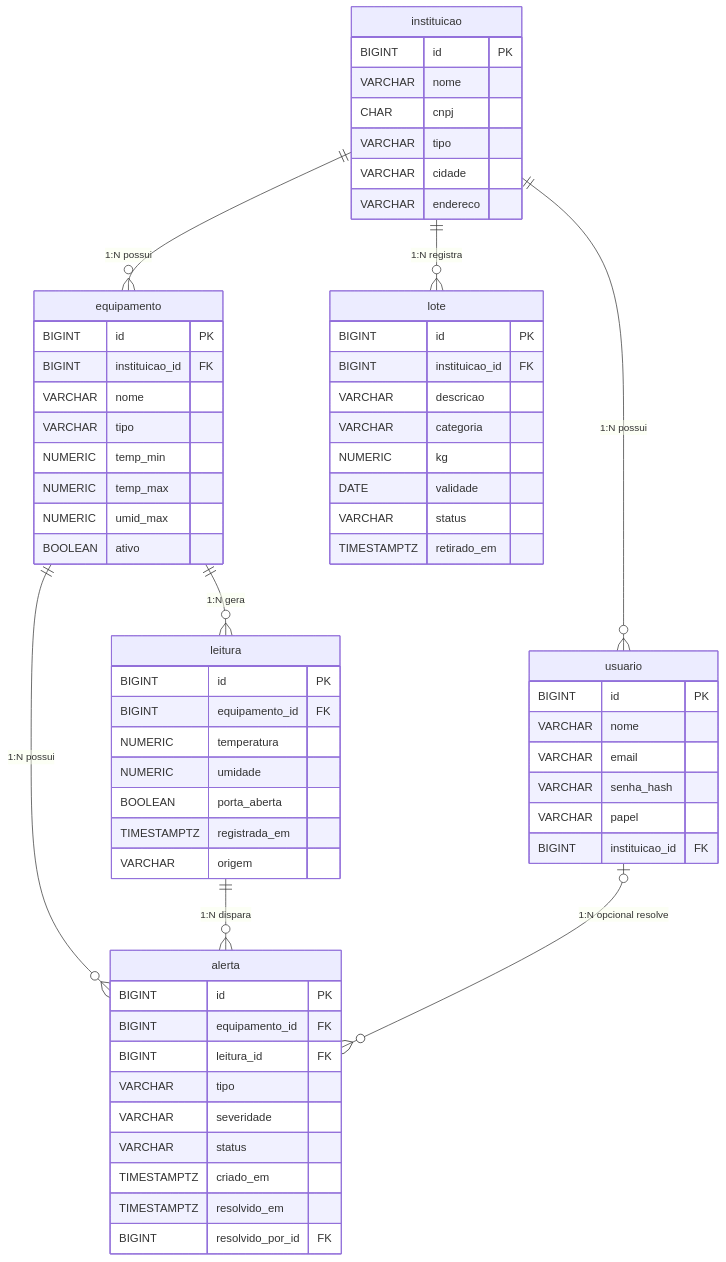
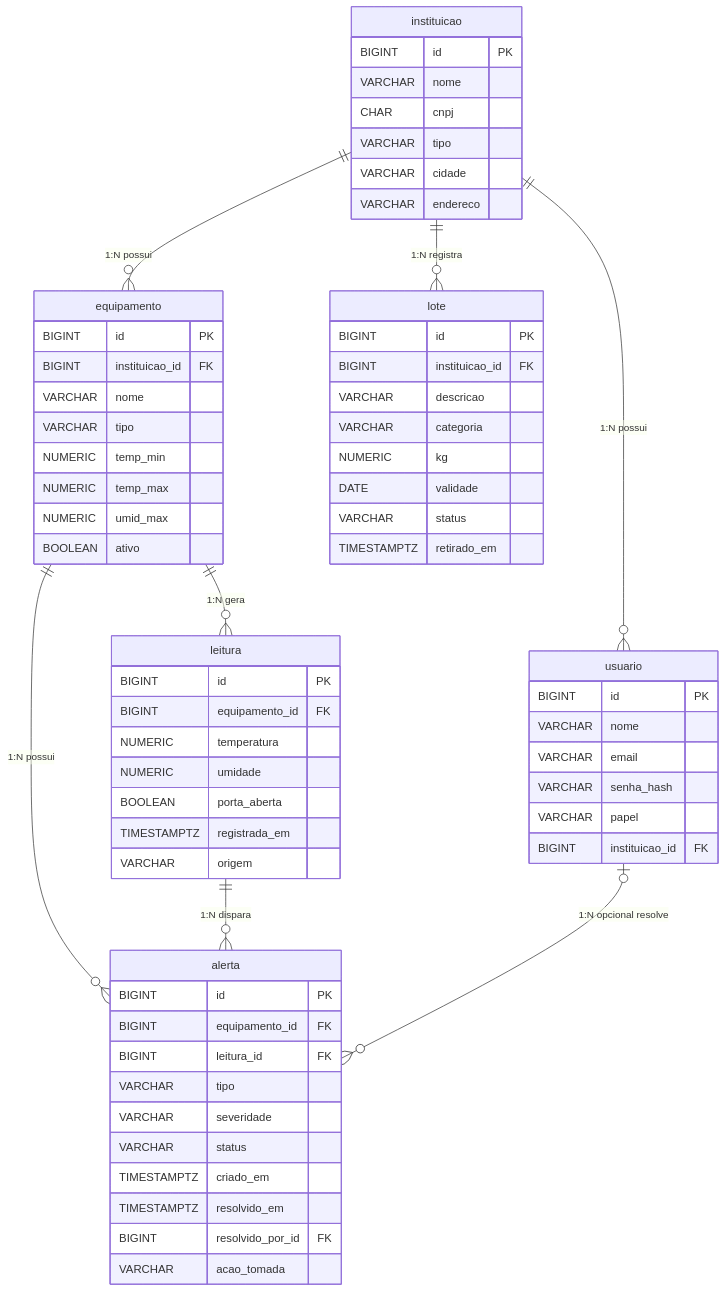
The diagram in docs/der.md (CodeSquad-FIAP/Frio-Solidario-Global-Solution), drawn with Mermaid before and after one commit. The commit also changed other lines of this file and 11 other files, not shown here.

First line of the commit message:
feat(api): acao tomada opcional na resolucao do alerta

````diff
--- a/docs/der.md
+++ b/docs/der.md
@@ -13,76 +13,77 @@
 ```mermaid
 erDiagram
 
     instituicao {
         BIGINT id PK
         VARCHAR nome
         CHAR cnpj
         VARCHAR tipo
         VARCHAR cidade
         VARCHAR endereco
     }
 
     usuario {
         BIGINT id PK
         VARCHAR nome
         VARCHAR email
         VARCHAR senha_hash
         VARCHAR papel
         BIGINT instituicao_id FK
     }
 
     equipamento {
         BIGINT id PK
         BIGINT instituicao_id FK
         VARCHAR nome
         VARCHAR tipo
         NUMERIC temp_min
         NUMERIC temp_max
         NUMERIC umid_max
         BOOLEAN ativo
     }
 
     leitura {
         BIGINT id PK
         BIGINT equipamento_id FK
         NUMERIC temperatura
         NUMERIC umidade
         BOOLEAN porta_aberta
         TIMESTAMPTZ registrada_em
         VARCHAR origem
     }
 
     alerta {
         BIGINT id PK
         BIGINT equipamento_id FK
         BIGINT leitura_id FK
         VARCHAR tipo
         VARCHAR severidade
         VARCHAR status
         TIMESTAMPTZ criado_em
         TIMESTAMPTZ resolvido_em
         BIGINT resolvido_por_id FK
+        VARCHAR acao_tomada
     }
 
     lote {
         BIGINT id PK
         BIGINT instituicao_id FK
         VARCHAR descricao
         VARCHAR categoria
         NUMERIC kg
         DATE validade
         VARCHAR status
         TIMESTAMPTZ retirado_em
     }
 
     instituicao ||--o{ usuario : "1:N possui"
     instituicao ||--o{ equipamento : "1:N possui"
     instituicao ||--o{ lote : "1:N registra"
 
     equipamento ||--o{ leitura : "1:N gera"
     equipamento ||--o{ alerta : "1:N possui"
 
     leitura ||--o{ alerta : "1:N dispara"
 
     usuario |o--o{ alerta : "1:N opcional resolve"
 ```
````
